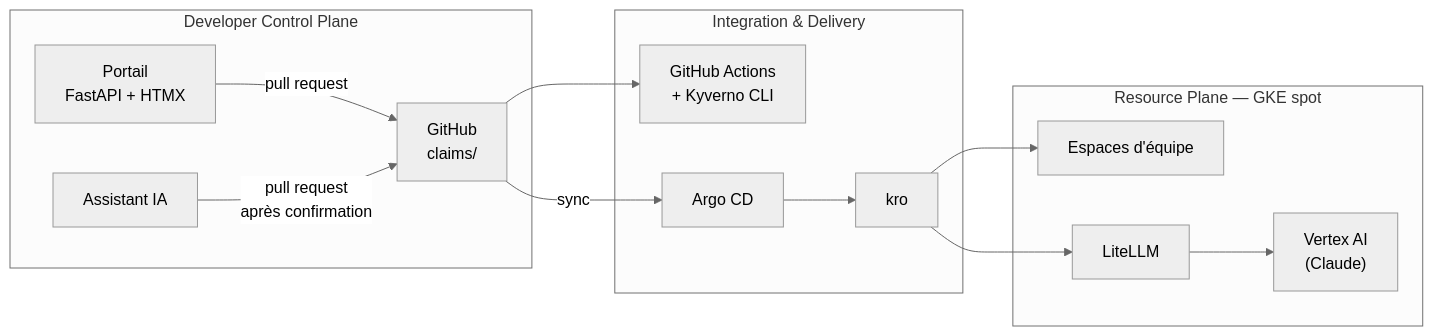
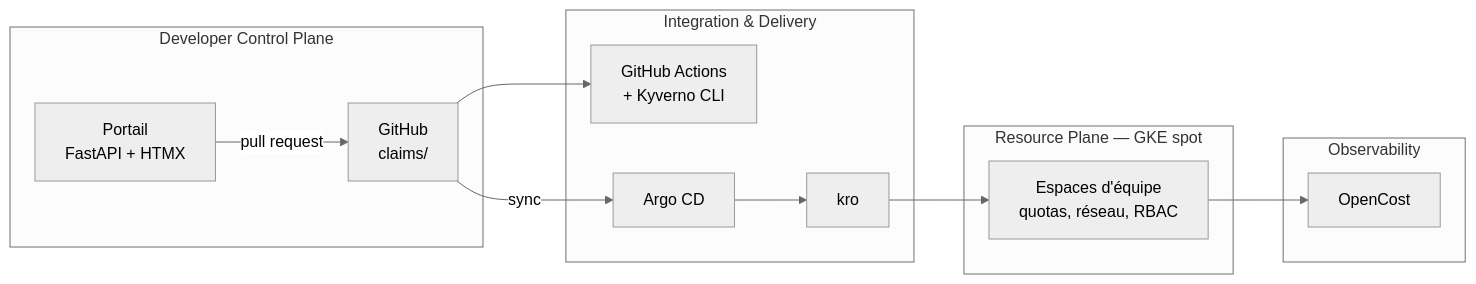
The diagram in content/posts/idp-ephemere/00-plan-de-bataille/index.md (Shinr0/Shinr0.github.io), drawn with Mermaid (neutral theme) before and after one commit. The commit also changed other lines of this file and 3 other files, not shown here.

```diff
--- a/content/posts/idp-ephemere/00-plan-de-bataille/index.md
+++ b/content/posts/idp-ephemere/00-plan-de-bataille/index.md
@@ -116,29 +117,28 @@
 {{< mermaid >}}
 flowchart LR
   subgraph dev["Developer Control Plane"]
     PORTAL["Portail\nFastAPI + HTMX"]
-    AGENT["Assistant IA"]
     GH["GitHub\nclaims/"]
   end
 
   subgraph delivery["Integration & Delivery"]
     CI["GitHub Actions\n+ Kyverno CLI"]
     ARGO["Argo CD"]
     KRO["kro"]
   end
 
   subgraph resource["Resource Plane — GKE spot"]
-    TEAM["Espaces d'équipe"]
-    LLM["LiteLLM"]
-    VERTEX["Vertex AI\n(Claude)"]
+    TEAM["Espaces d'équipe\nquotas, réseau, RBAC"]
+  end
+
+  subgraph obs["Observability"]
+    COST["OpenCost"]
   end
 
   PORTAL -->|"pull request"| GH
-  AGENT -->|"pull request\naprès confirmation"| GH
   GH --> CI
   GH -->|"sync"| ARGO
   ARGO --> KRO
   KRO --> TEAM
-  KRO --> LLM
-  LLM --> VERTEX
+  TEAM --> COST
 {{< /mermaid >}}
```
